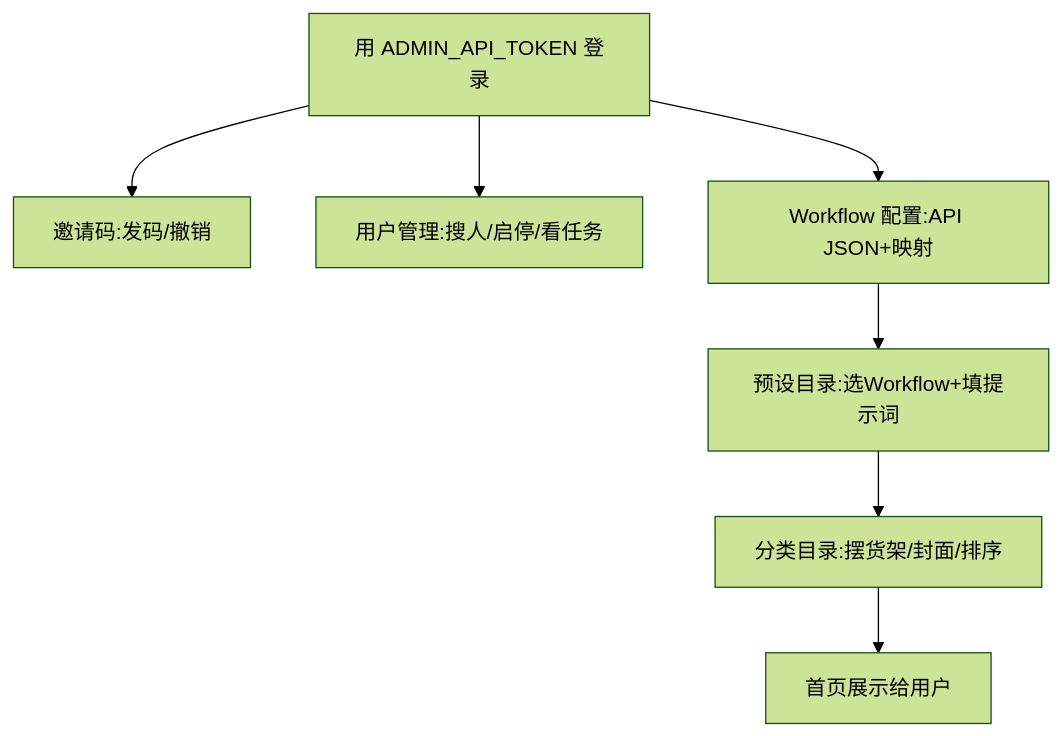
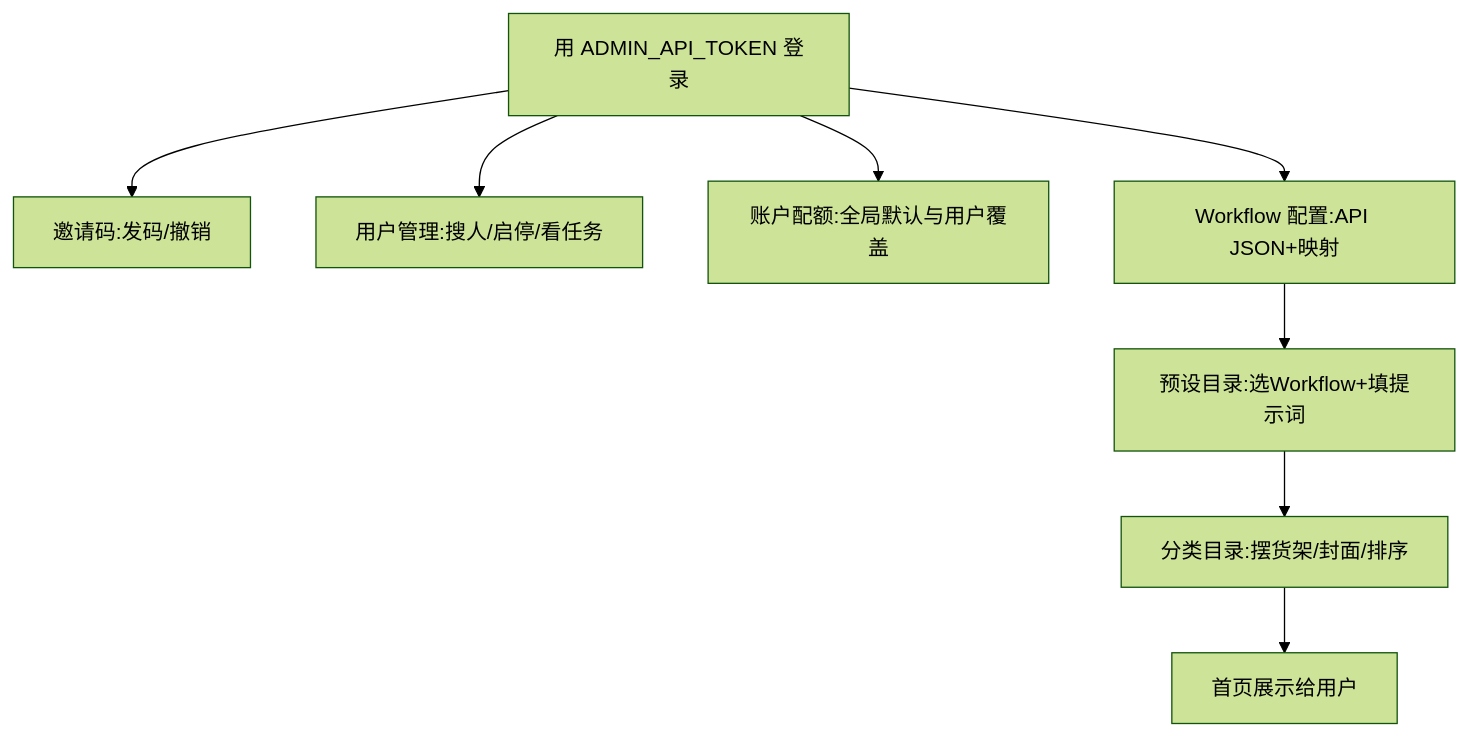
One commit to dream-studio-china/funny-image-runner changed the first of 3 diagrams in docs/runbooks/admin-console.md. Above: the diagram before and after it, drawn with Mermaid (forest theme). The commit also changed other lines of this file and 16 other files, not shown here.

````diff
--- a/docs/runbooks/admin-console.md
+++ b/docs/runbooks/admin-console.md
@@ -5,9 +5,10 @@
 ```mermaid
 flowchart TD
     L[用 ADMIN_API_TOKEN 登录] --> I[邀请码:发码/撤销]
     L --> U[用户管理:搜人/启停/看任务]
+    L --> Q[账户配额:全局默认与用户覆盖]
     L --> W[Workflow 配置:API JSON+映射]
     W --> P[预设目录:选Workflow+填提示词]
     P --> C[分类目录:摆货架/封面/排序]
     C --> H[首页展示给用户]
 ```
````
